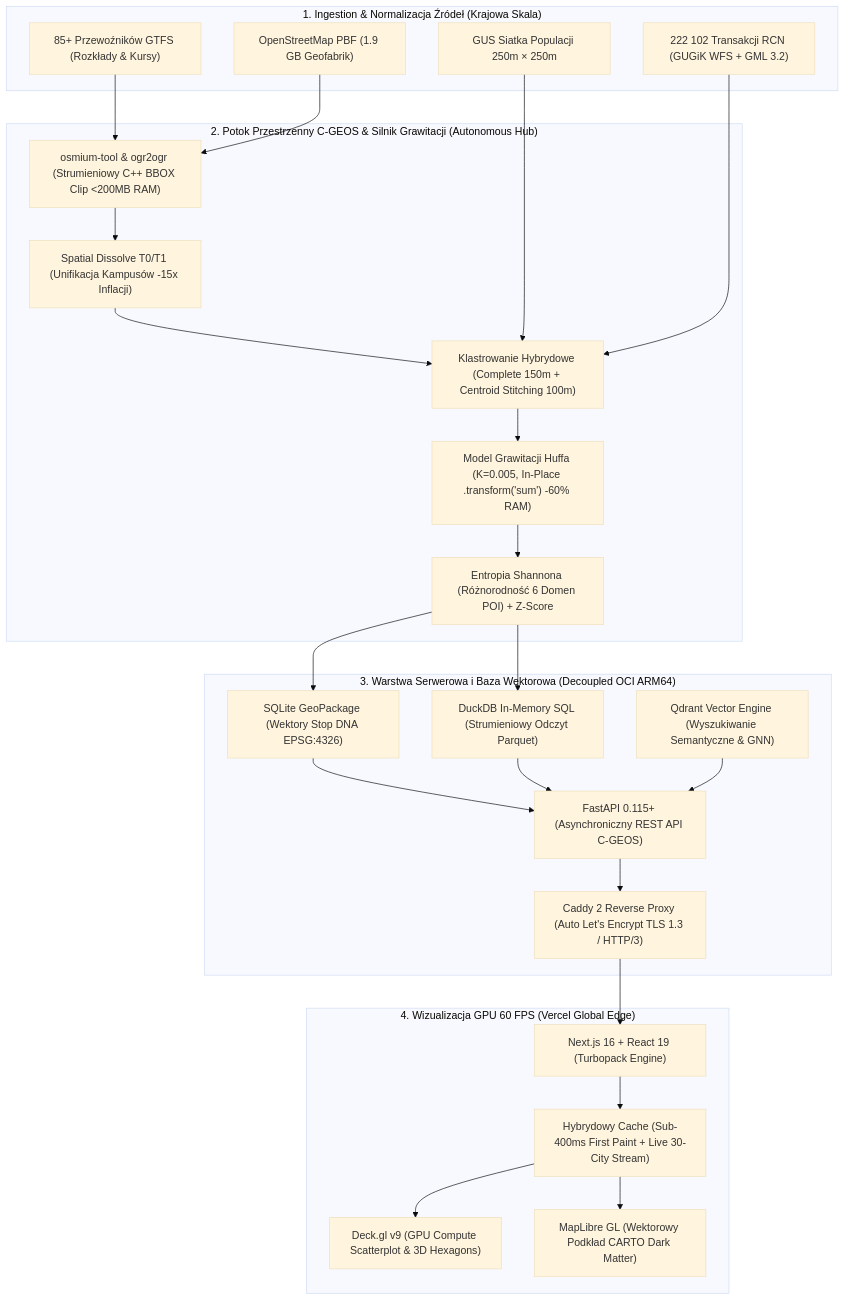
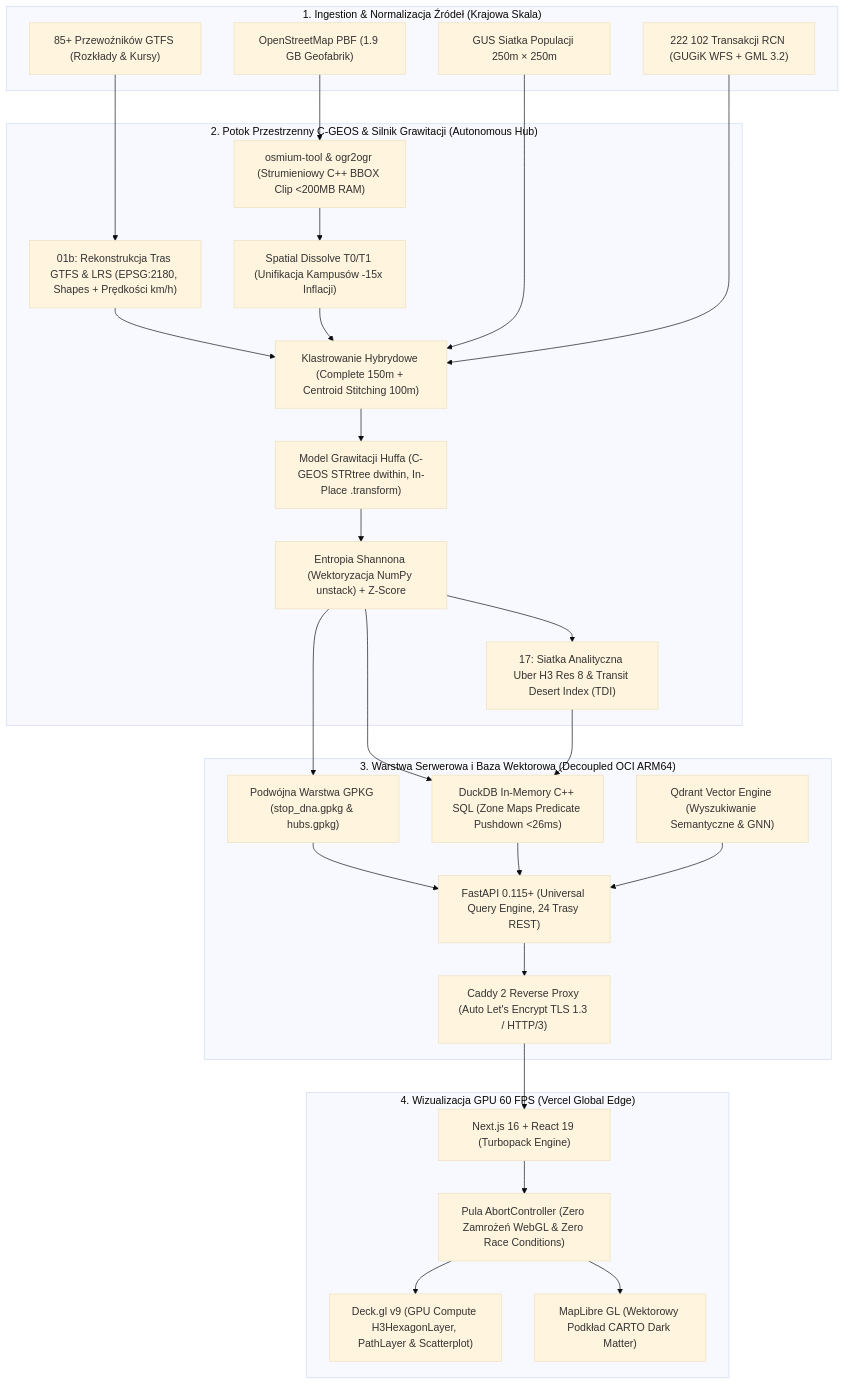
One commit to Gzyms69/busos changed the first of 2 diagrams in README.md. Above: the diagram before and after it, drawn with Mermaid (base theme). The commit also changed other lines of this file and 4 other files, not shown here.

````diff
--- a/README.md
+++ b/README.md
@@ -74,39 +77,44 @@
 ```mermaid
 flowchart TD
     subgraph Ingestion["1. Ingestion & Normalizacja Źródeł (Krajowa Skala)"]
         GTFS["85+ Przewoźników GTFS (Rozkłady & Kursy)"]
         OSM["OpenStreetMap PBF (1.9 GB Geofabrik)"]
         GUS["GUS Siatka Populacji 250m × 250m"]
         RCN["222 102 Transakcji RCN (GUGiK WFS + GML 3.2)"]
     end
 
     subgraph Spatial_Core["2. Potok Przestrzenny C-GEOS & Silnik Grawitacji (Autonomous Hub)"]
+        Routes["01b: Rekonstrukcja Tras GTFS & LRS (EPSG:2180, Shapes + Prędkości km/h)"]
         Osmium["osmium-tool & ogr2ogr (Strumieniowy C++ BBOX Clip <200MB RAM)"]
         Dissolve["Spatial Dissolve T0/T1 (Unifikacja Kampusów -15x Inflacji)"]
         Cluster["Klastrowanie Hybrydowe (Complete 150m + Centroid Stitching 100m)"]
-        Huff["Model Grawitacji Huffa (K=0.005, In-Place .transform('sum') -60% RAM)"]
-        Shannon["Entropia Shannona (Różnorodność 6 Domen POI) + Z-Score"]
+        Huff["Model Grawitacji Huffa (C-GEOS STRtree dwithin, In-Place .transform)"]
+        Shannon["Entropia Shannona (Wektoryzacja NumPy unstack) + Z-Score"]
+        H3Grid["17: Siatka Analityczna Uber H3 Res 8 & Transit Desert Index (TDI)"]
     end
 
     subgraph Serving["3. Warstwa Serwerowa i Baza Wektorowa (Decoupled OCI ARM64)"]
         Caddy["Caddy 2 Reverse Proxy (Auto Let's Encrypt TLS 1.3 / HTTP/3)"]
-        FastAPI["FastAPI 0.115+ (Asynchroniczny REST API C-GEOS)"]
-        DuckDB["DuckDB In-Memory SQL (Strumieniowy Odczyt Parquet)"]
+        FastAPI["FastAPI 0.115+ (Universal Query Engine, 24 Trasy REST)"]
+        DuckDB["DuckDB In-Memory C++ SQL (Zone Maps Predicate Pushdown <26ms)"]
         Qdrant["Qdrant Vector Engine (Wyszukiwanie Semantyczne & GNN)"]
-        GPKG["SQLite GeoPackage (Wektory Stop DNA EPSG:4326)"]
+        GPKG["Podwójna Warstwa GPKG (stop_dna.gpkg & hubs.gpkg)"]
     end
 
     subgraph Presentation["4. Wizualizacja GPU 60 FPS (Vercel Global Edge)"]
         Vercel["Next.js 16 + React 19 (Turbopack Engine)"]
-        DeckGL["Deck.gl v9 (GPU Compute Scatterplot & 3D Hexagons)"]
+        DeckGL["Deck.gl v9 (GPU Compute H3HexagonLayer, PathLayer & Scatterplot)"]
         MapLibre["MapLibre GL (Wektorowy Podkład CARTO Dark Matter)"]
-        DualCache["Hybrydowy Cache (Sub-400ms First Paint + Live 30-City Stream)"]
+        AbortCtrl["Pula AbortController (Zero Zamrożeń WebGL & Zero Race Conditions)"]
     end
 
-    GTFS & OSM --> Osmium --> Dissolve --> Cluster --> Huff --> Shannon
+    GTFS --> Routes --> Cluster
+    OSM --> Osmium --> Dissolve --> Cluster
     GUS & RCN --> Cluster
+    Cluster --> Huff --> Shannon --> H3Grid
     Shannon --> GPKG & DuckDB
+    H3Grid --> DuckDB
     GPKG & DuckDB --> FastAPI --> Caddy
     Qdrant --> FastAPI
-    Caddy --> Vercel --> DualCache --> DeckGL & MapLibre
+    Caddy --> Vercel --> AbortCtrl --> DeckGL & MapLibre
 ```
````
